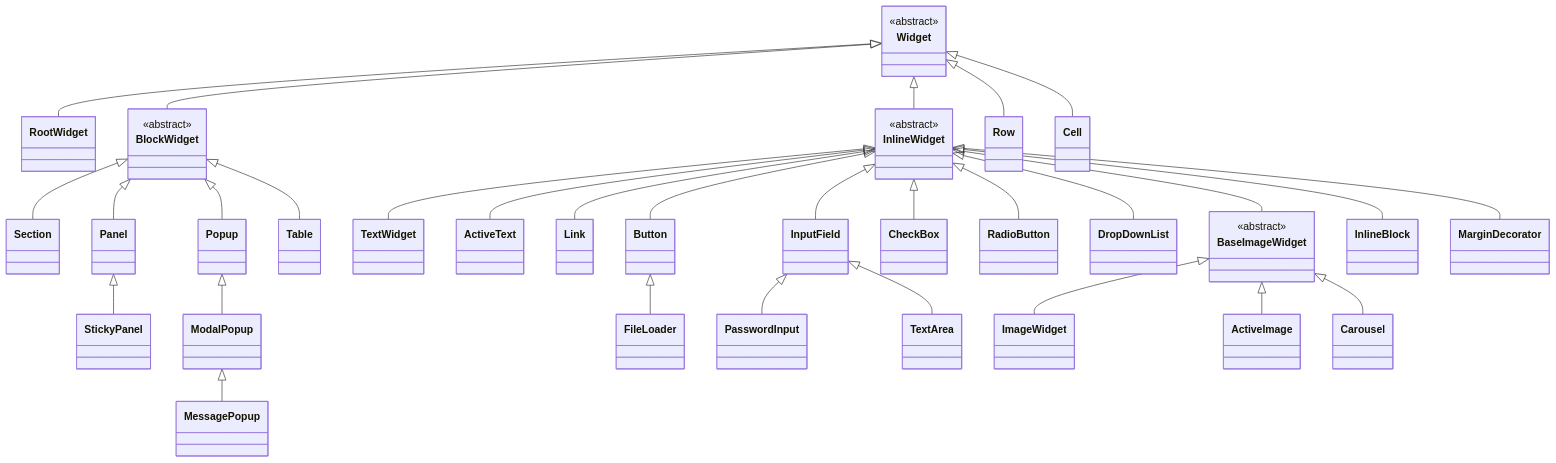
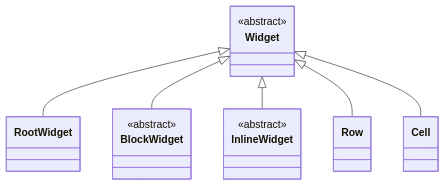
The first of 6 diagrams in docs/WIDGETS.md (kniazkov/widgets), drawn with Mermaid before and after one commit. The commit also changed other lines of this file and 11 other files, not shown here.

````diff
--- a/docs/WIDGETS.md
+++ b/docs/WIDGETS.md
@@ -14,50 +14,18 @@
 ```mermaid
 classDiagram
     direction TB
-
     class Widget {
         <<abstract>>
     }
     class BlockWidget {
         <<abstract>>
     }
     class InlineWidget {
         <<abstract>>
     }
-    class BaseImageWidget {
-        <<abstract>>
-    }
-
     Widget <|-- RootWidget
     Widget <|-- BlockWidget
     Widget <|-- InlineWidget
     Widget <|-- Row
     Widget <|-- Cell
-
-    BlockWidget <|-- Section
-    BlockWidget <|-- Panel
-    Panel <|-- StickyPanel
-    BlockWidget <|-- Popup
-    Popup <|-- ModalPopup
-    ModalPopup <|-- MessagePopup
-    BlockWidget <|-- Table
-
-    InlineWidget <|-- TextWidget
-    InlineWidget <|-- ActiveText
-    InlineWidget <|-- Link
-    InlineWidget <|-- Button
-    InlineWidget <|-- InputField
-    InlineWidget <|-- CheckBox
-    InlineWidget <|-- RadioButton
-    InlineWidget <|-- DropDownList
-    InlineWidget <|-- BaseImageWidget
-    InlineWidget <|-- InlineBlock
-    InlineWidget <|-- MarginDecorator
-
-    Button <|-- FileLoader
-    InputField <|-- PasswordInput
-    InputField <|-- TextArea
-    BaseImageWidget <|-- ImageWidget
-    BaseImageWidget <|-- ActiveImage
-    BaseImageWidget <|-- Carousel
 ```
````
